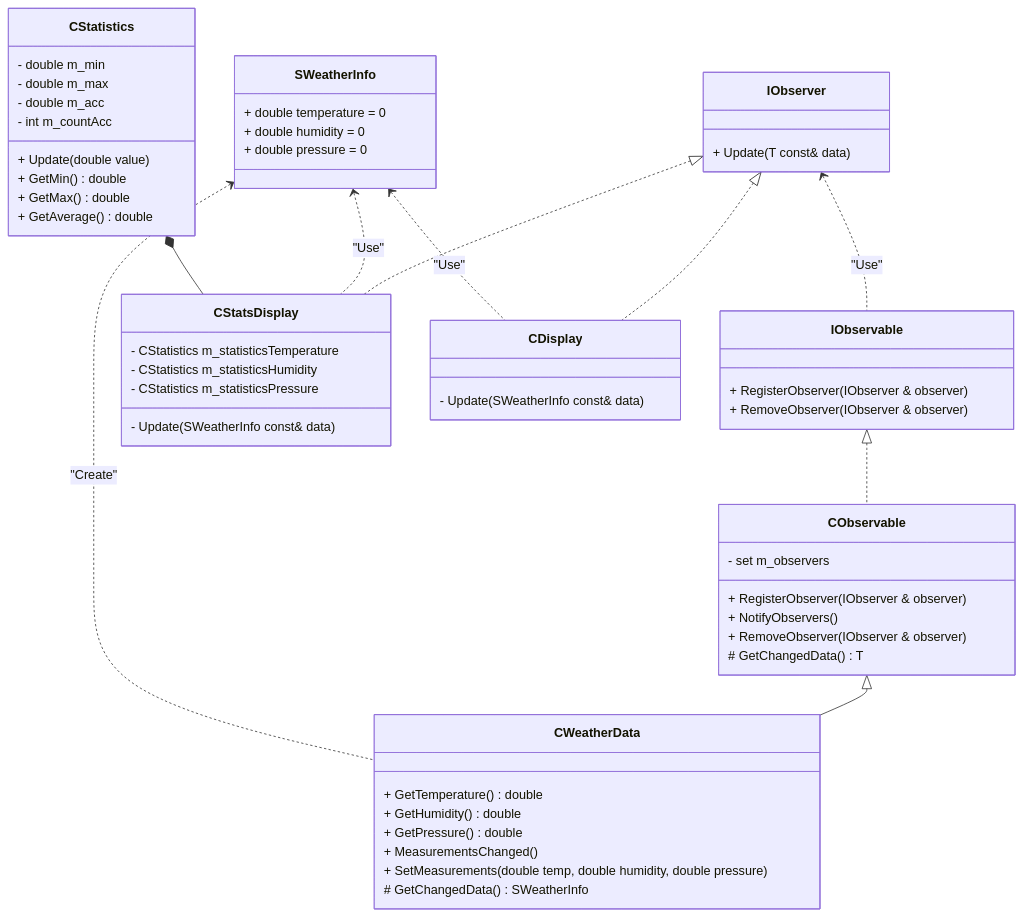
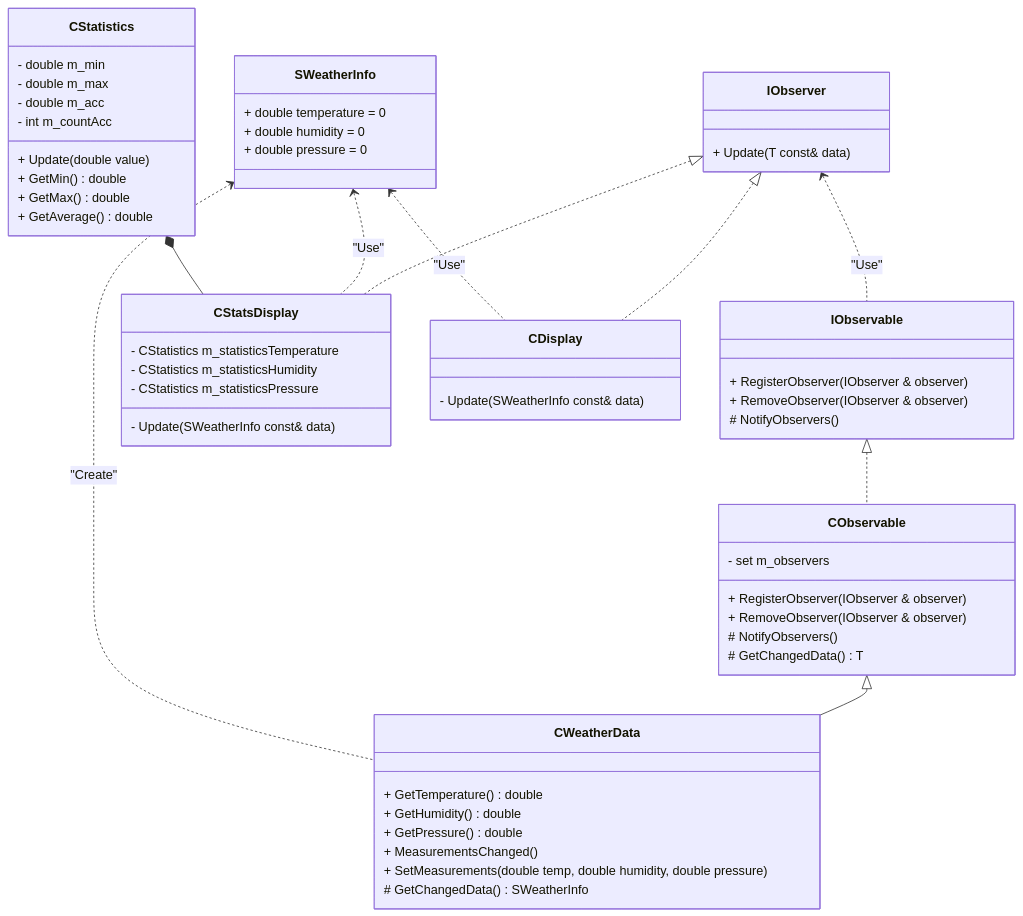
One commit to 555Jeka555/OOD-labs changed the third of 6 diagrams in lab2/1/docs.md. Above: the diagram before and after it, drawn with Mermaid. The commit also changed other lines of this file and 4 other files, not shown here.

Commit message:
`NotifyObservers()` сделал `protected`

````diff
--- a/lab2/1/docs.md
+++ b/lab2/1/docs.md
@@ -85,70 +85,71 @@
 ```mermaid
 classDiagram
     IObserver <.. IObservable  : "Use"
     IObservable <|.. CObservable 
 
     CObservable <|-- CWeatherData
     SWeatherInfo <.. CWeatherData : "Create"
 
     IObserver <|.. CStatsDisplay
     IObserver <|.. CDisplay
 
     SWeatherInfo <.. CStatsDisplay : "Use"
     SWeatherInfo <.. CDisplay : "Use"
 
     CStatistics *-- CStatsDisplay
 
     class IObserver {
         + Update(T const& data)
     }
 
     class IObservable {
         + RegisterObserver(IObserver<T> & observer)
         + RemoveObserver(IObserver<T> & observer)
+        # NotifyObservers()
     }
 
     class CObservable {
         - set<ObserverType*> m_observers
         + RegisterObserver(IObserver<T> & observer)
-        + NotifyObservers()
         + RemoveObserver(IObserver<T> & observer)
+        # NotifyObservers()
         # GetChangedData() T
     }
 
     class CWeatherData {
         + GetTemperature() double
         + GetHumidity() double
         + GetPressure() double
         + MeasurementsChanged()
         + SetMeasurements(double temp, double humidity, double pressure)
         # GetChangedData() SWeatherInfo
     }
 
     class CDisplay {
         - Update(SWeatherInfo const& data)
     }
 
     class CStatsDisplay {
         - Update(SWeatherInfo const& data)
         - CStatistics m_statisticsTemperature
         - CStatistics m_statisticsHumidity
         - CStatistics m_statisticsPressure
     }
 
     class CStatistics {
         + Update(double value)
         + GetMin() double
         + GetMax() double
         + GetAverage() double
         - double m_min
         - double m_max
         - double m_acc
         - int m_countAcc
     }
 
     class SWeatherInfo {
         + double temperature = 0
         + double humidity = 0
         + double pressure = 0
     }
 ```
````
